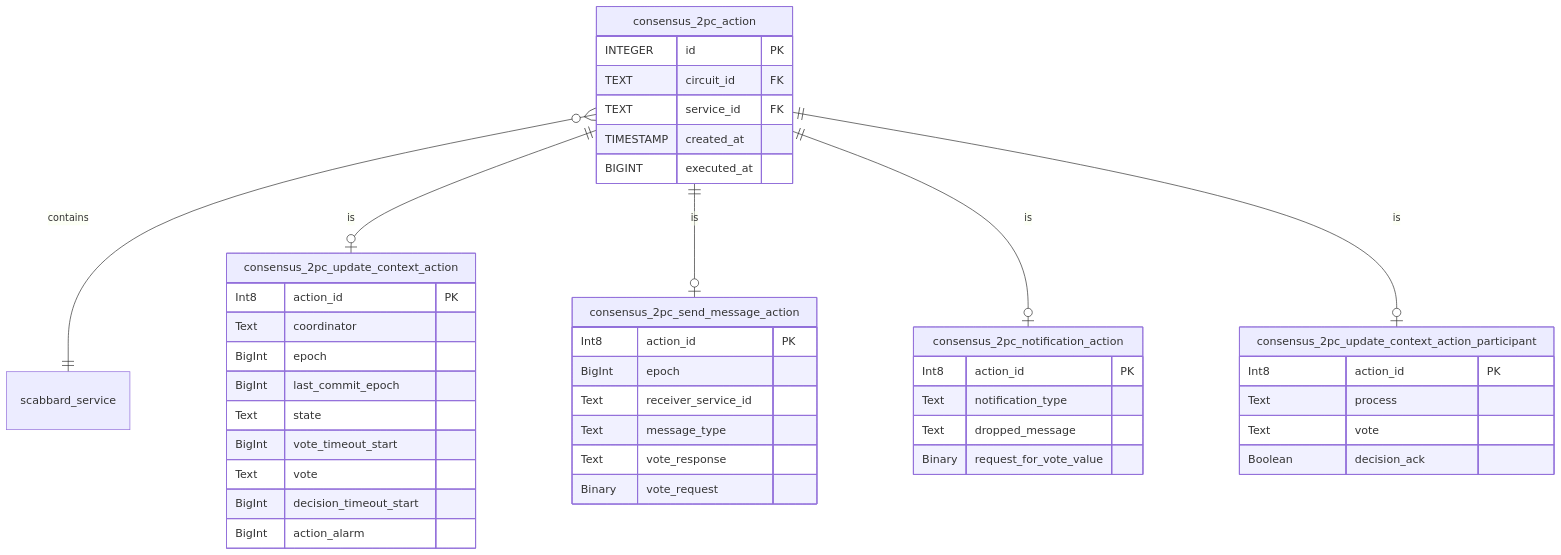
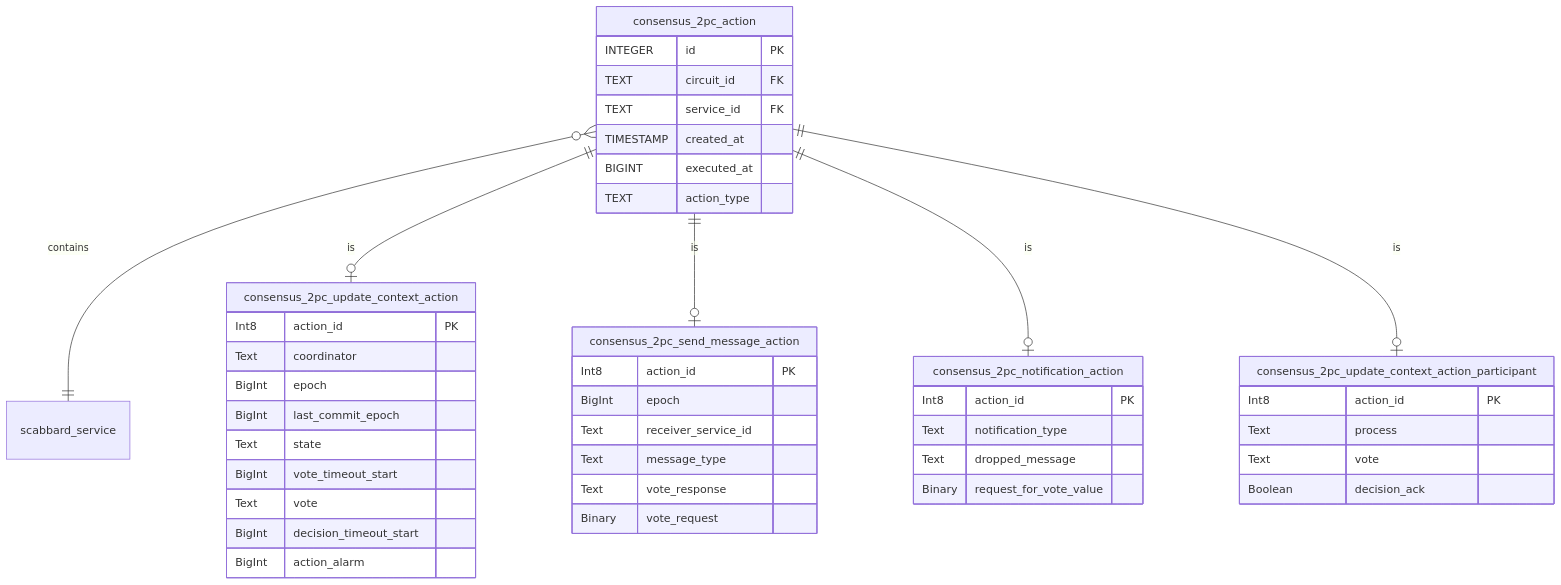
The third of 4 diagrams in community/planning/splinter_v0.7_database.md (Cargill/splinter-docs), drawn with Mermaid before and after one commit. The commit also changed other lines of this file, not shown here.

First line of the commit message:
Update splinter db doc - add action_type

```diff
--- a/community/planning/splinter_v0.7_database.md
+++ b/community/planning/splinter_v0.7_database.md
@@ -221,53 +221,54 @@
 <div class="mermaid">
 erDiagram
     consensus_2pc_action {
         INTEGER id PK
         TEXT circuit_id FK
         TEXT service_id FK
         TIMESTAMP created_at
         BIGINT executed_at
+        TEXT action_type
     }
     consensus_2pc_action }o--|| scabbard_service: contains
 
     consensus_2pc_update_context_action {
         Int8 action_id PK
         Text coordinator
         BigInt epoch
         BigInt last_commit_epoch
         Text state
         BigInt vote_timeout_start
         Text vote
         BigInt decision_timeout_start
         BigInt action_alarm
     }
     consensus_2pc_action ||--o| consensus_2pc_update_context_action: is
 
     consensus_2pc_send_message_action {
         Int8 action_id PK
         BigInt epoch
         Text receiver_service_id
         Text message_type
         Text vote_response
         Binary vote_request
     }
 
     consensus_2pc_action ||--o| consensus_2pc_send_message_action: is
 
     consensus_2pc_notification_action {
         Int8 action_id PK
         Text notification_type
         Text dropped_message
         Binary request_for_vote_value
     }
 
     consensus_2pc_action ||--o| consensus_2pc_notification_action: is
 
     consensus_2pc_update_context_action_participant {
         Int8 action_id PK
         Text process
         Text vote
         Boolean decision_ack
     }
 
 consensus_2pc_action ||--o| consensus_2pc_update_context_action_participant: is
 </div>
```
